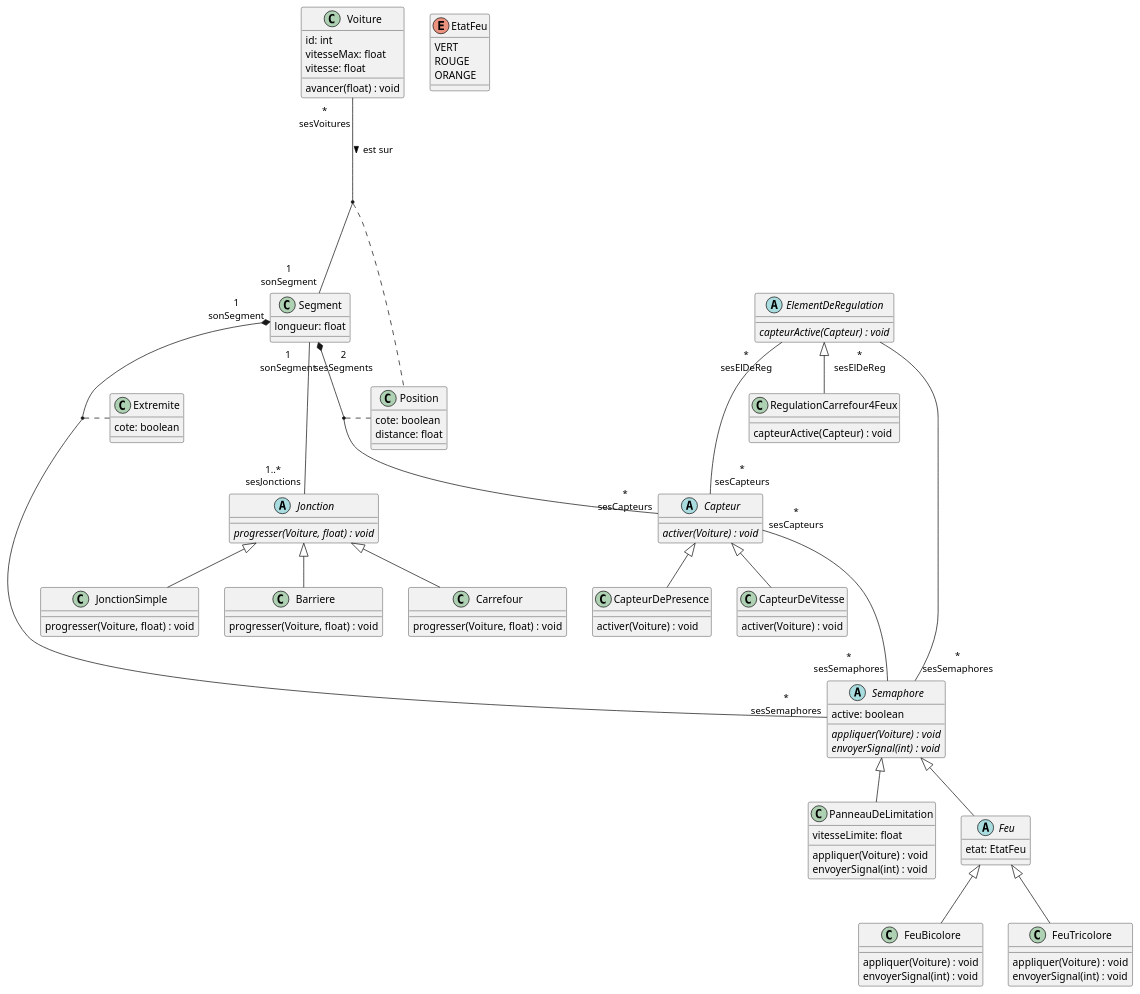
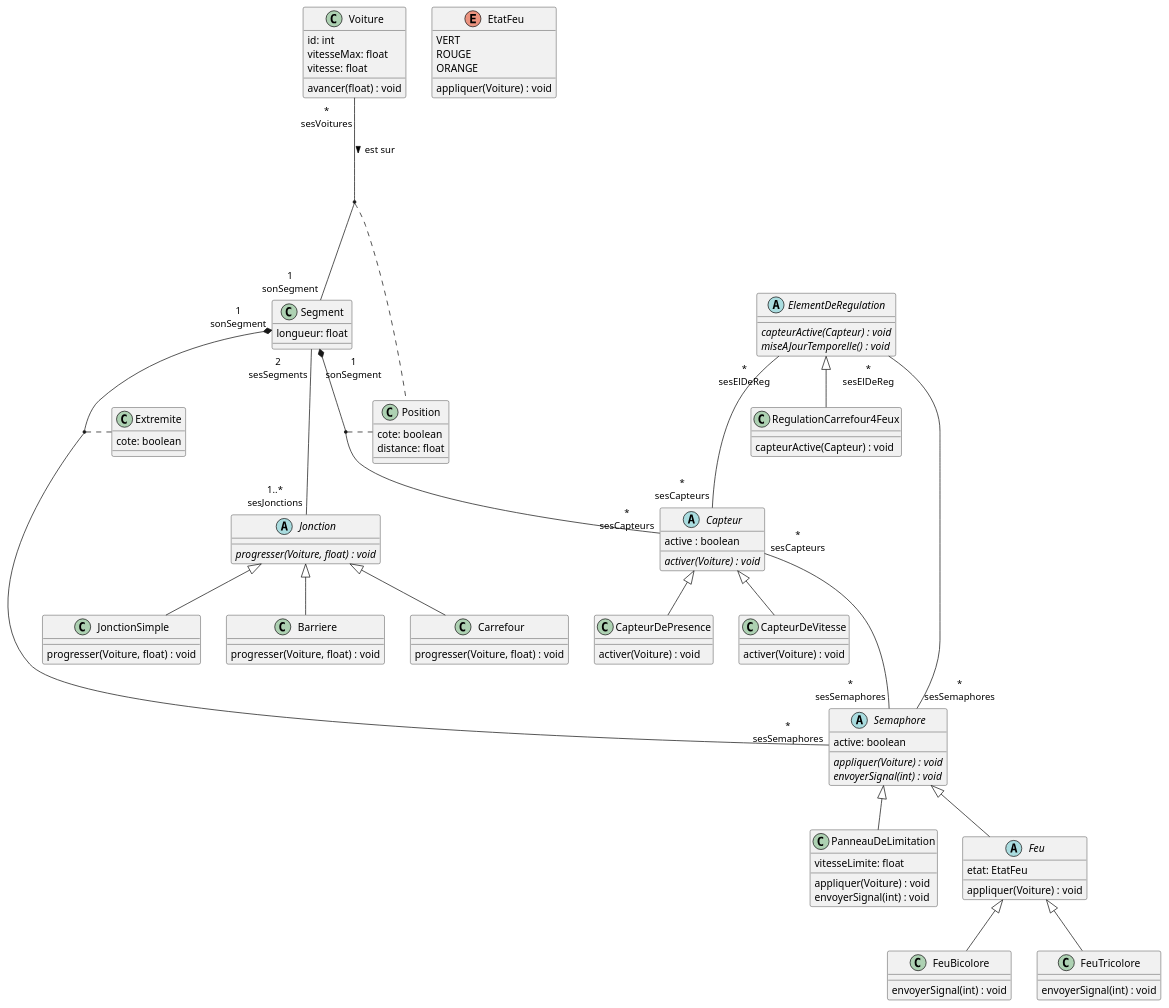
The diagram in uml.plantuml (ClementChambard/SimulationReseauRoutier), drawn with PlantUML before and after one commit. The commit also changed 1 other file, not shown here.

Commit message:
uml time on some classes

```diff
--- a/uml.plantuml
+++ b/uml.plantuml
@@ -1,122 +1,124 @@
 @startuml
 
 class Segment {
     longueur: float
 }
 
 abstract Jonction {
     {abstract} progresser(Voiture, float) : void
 }
 
 class JonctionSimple {
     progresser(Voiture, float) : void
 }
 
 class Barriere {
     progresser(Voiture, float) : void
 }
 
 class Carrefour{
     progresser(Voiture, float) : void
 }
 
 
 class Voiture {
     id: int
     vitesseMax: float
     vitesse: float
     avancer(float) : void
 }
 
 abstract Semaphore {
     active: boolean
     {abstract} appliquer(Voiture) : void
     {abstract} envoyerSignal(int) : void
 }
 
 enum EtatFeu {
     VERT
     ROUGE
     ORANGE
+    appliquer(Voiture) : void
 }
 
 
 class PanneauDeLimitation {
     vitesseLimite: float
     appliquer(Voiture) : void
     envoyerSignal(int) : void
 }
 
 abstract Feu {
+    appliquer(Voiture) : void
     etat: EtatFeu
 }
 
 class FeuBicolore {
-    appliquer(Voiture) : void
     envoyerSignal(int) : void
 }
 
 class FeuTricolore {
-    appliquer(Voiture) : void
     envoyerSignal(int) : void
 }
 
 
 abstract Capteur {
+    active : boolean
     {abstract} activer(Voiture) : void
 }
 
 class CapteurDePresence {
     activer(Voiture) : void
 }
 
 class CapteurDeVitesse {
     activer(Voiture) : void
 }
 
 abstract ElementDeRegulation {
      {abstract} capteurActive(Capteur) : void
+     {abstract} miseAJourTemporelle() : void
 }
 
 class Extremite {
     cote: boolean
 }
 
 class Position {
     cote: boolean
     distance: float
 }
 
 class RegulationCarrefour4Feux {
      capteurActive(Capteur) : void
 }
 
 
 Voiture "*\nsesVoitures" --- "1\nsonSegment" Segment : > est sur
 Segment "2\nsesSegments" --- "1..*\nsesJonctions" Jonction
 Segment "1\nsonSegment" *-- "*\nsesSemaphores" Semaphore
 Segment "1\nsonSegment" *-- "*\nsesCapteurs" Capteur
 Capteur "*\nsesCapteurs" --- "*\nsesSemaphores" Semaphore
 ElementDeRegulation "*\nsesElDeReg" --- "*\nsesCapteurs" Capteur
 ElementDeRegulation "*\nsesElDeReg" --- "*\nsesSemaphores" Semaphore
 
 (Voiture, Segment) .. Position
 (Capteur, Segment) .. Position
 (Semaphore, Segment) .. Extremite
 
 Jonction <|-- Carrefour
 Jonction <|-- JonctionSimple
 Jonction <|-- Barriere
 
 Semaphore <|-- Feu
 Semaphore <|-- PanneauDeLimitation
 
 Feu <|-- FeuTricolore
 Feu <|-- FeuBicolore
 
 Capteur <|-- CapteurDePresence
 Capteur <|-- CapteurDeVitesse
 
 ElementDeRegulation <|-- RegulationCarrefour4Feux
 
 @enduml
```
